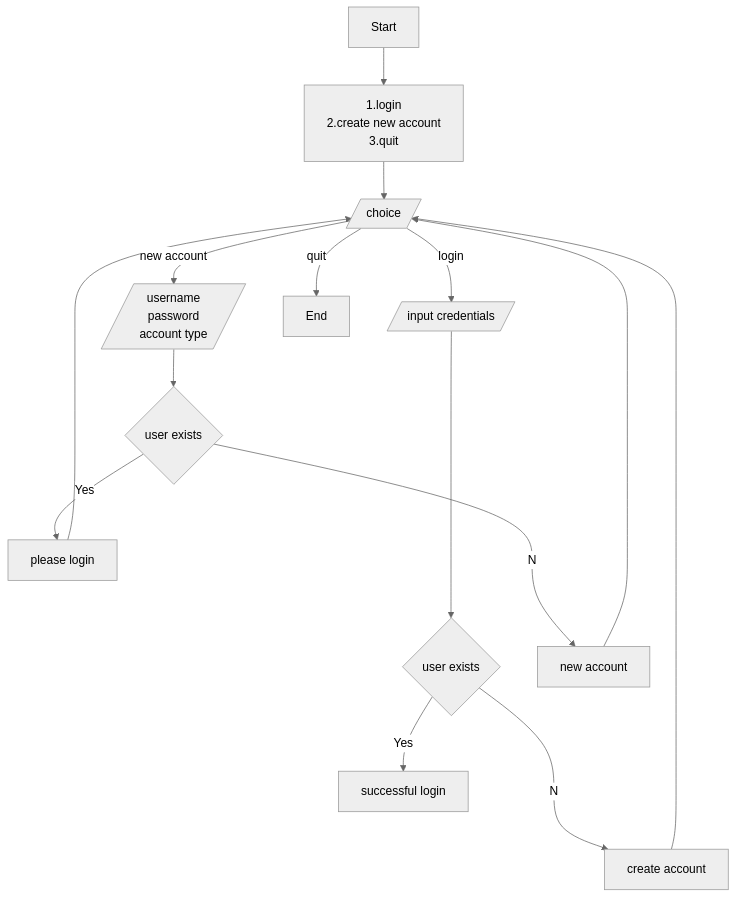
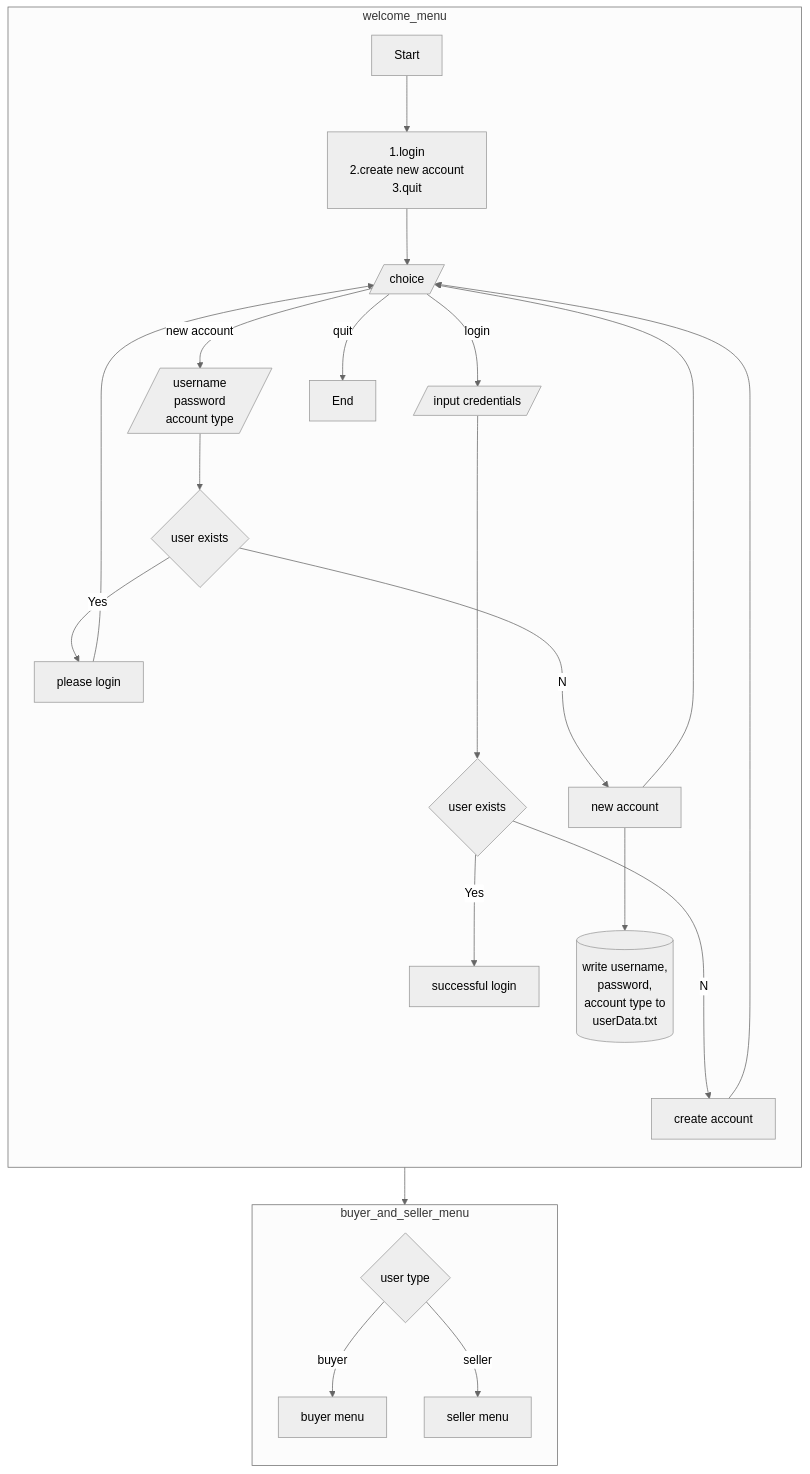
The diagram in flowchart.md (tbridewe/CS-18000--Project-4), drawn with Mermaid (neutral theme) before and after one commit.

````diff
--- a/flowchart.md
+++ b/flowchart.md
@@ -5,19 +5,34 @@
 ```mermaid
 flowchart TD
-    A[Start]-->B[1.login\n2.create new account\n3.quit]
-    B-->C[/choice/]
-    C--login-->D[/input credentials/]
-    D---->G{user exists}
-    G--Yes-->H[successful login]
-    G--No-->I[create account]
-    I-->C
+    subgraph welcome_menu
+        direction TB
+        A[Start]-->B[1.login\n2.create new account\n3.quit]
+        B-->C[/choice/]
+        C--login-->D[/input credentials/]
+        D---->G{user exists}
+        G--Yes-->H[successful login]
+        G--No-->I[create account]
+        I-->C
+        
+        C--new account-->E[/username\npassword\naccount type/]
+        E-->J{user exists}
+        J--Yes-->K[please login]
+        K-->C
+        J--No-->L[new account]
+        L-->C
+        L-->M[(write username,\npassword,\naccount type to\nuserData.txt)]
+        
+        C--quit-->F[End]
+        end
     
-    C--new account-->E[/username\npassword\naccount type/]
-    E-->J{user exists}
-    J--Yes-->K[please login]
-    K-->C
-    J--No-->L[new account]
-    L-->C
+    subgraph buyer_and_seller_menu
+        direction TB
+        O{user type}
+        O--buyer-->P[buyer menu]
+        O--seller-->Q[seller menu]
+        
+    end
     
-    C--quit-->F[End]
+    welcome_menu --> buyer_and_seller_menu
+
 ```
````
